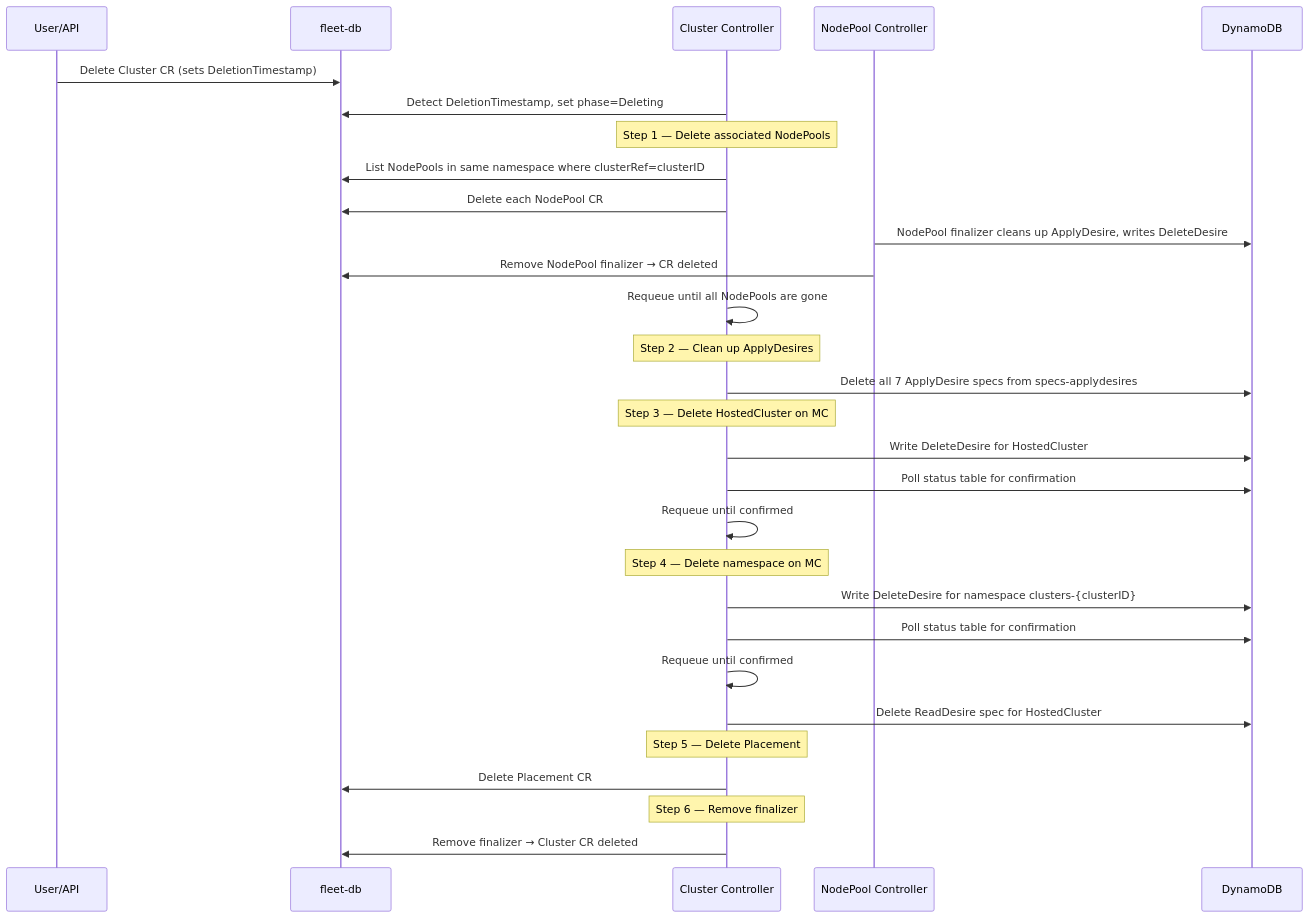
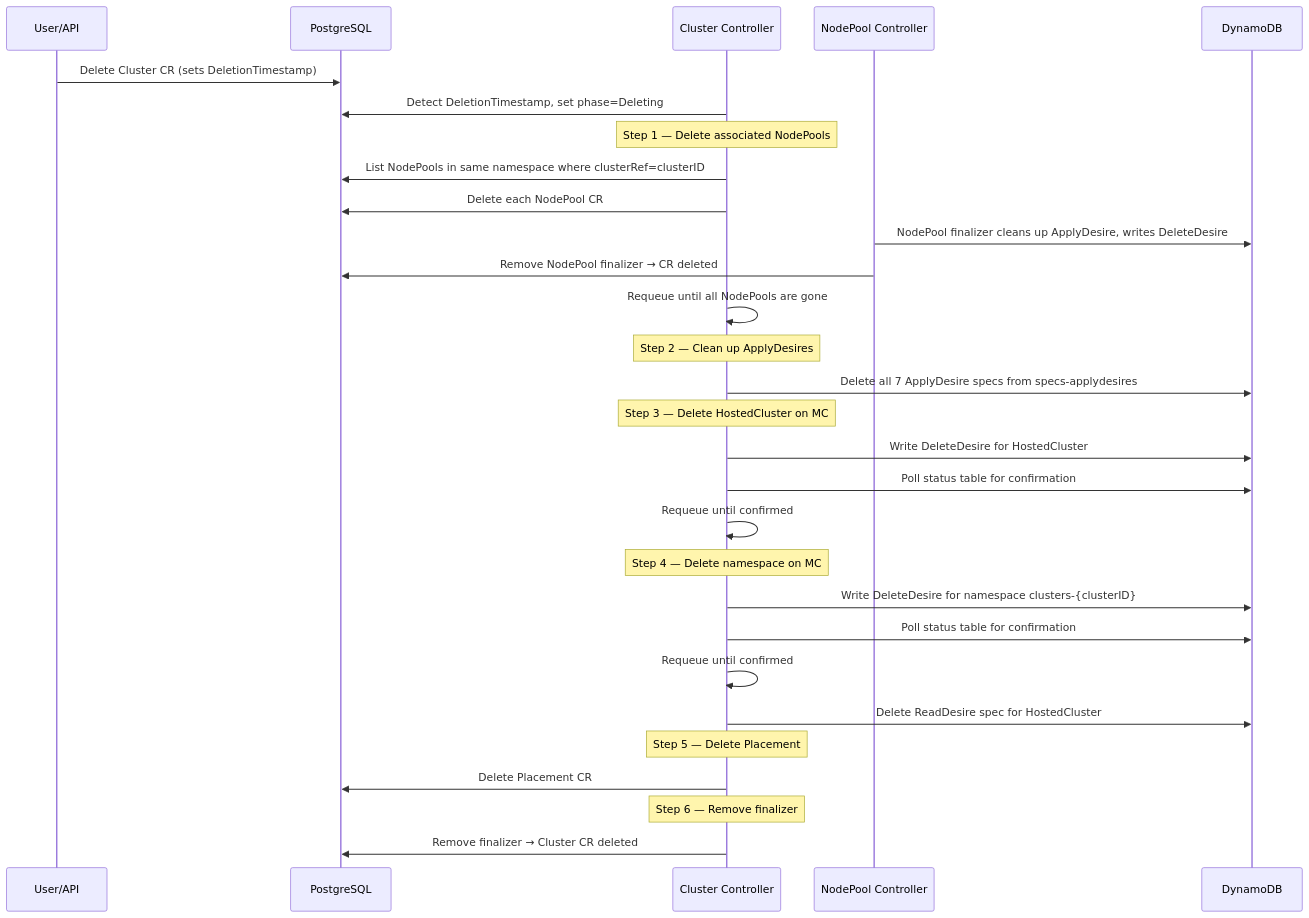
One commit to typeid/hyperfleet-operator changed the second of 2 diagrams in docs/cluster-controller.md. Above: the diagram before and after it, drawn with Mermaid. The commit also changed other lines of this file and 46 other files, not shown here.

````diff
--- a/docs/cluster-controller.md
+++ b/docs/cluster-controller.md
@@ -78,38 +79,38 @@
 ```mermaid
 sequenceDiagram
     participant User as User/API
-    participant FDB as fleet-db
+    participant PG as PostgreSQL
     participant CC as Cluster Controller
     participant NPC as NodePool Controller
     participant DDB as DynamoDB
 
-    User->>FDB: Delete Cluster CR (sets DeletionTimestamp)
-    CC->>FDB: Detect DeletionTimestamp, set phase=Deleting
+    User->>PG: Delete Cluster CR (sets DeletionTimestamp)
+    CC->>PG: Detect DeletionTimestamp, set phase=Deleting
 
     Note over CC: Step 1 — Delete associated NodePools
-    CC->>FDB: List NodePools in same namespace where clusterRef=clusterID
-    CC->>FDB: Delete each NodePool CR
+    CC->>PG: List NodePools in same namespace where clusterRef=clusterID
+    CC->>PG: Delete each NodePool CR
     NPC->>DDB: NodePool finalizer cleans up ApplyDesire, writes DeleteDesire
-    NPC->>FDB: Remove NodePool finalizer → CR deleted
+    NPC->>PG: Remove NodePool finalizer → CR deleted
     CC->>CC: Requeue until all NodePools are gone
 
     Note over CC: Step 2 — Clean up ApplyDesires
     CC->>DDB: Delete all 7 ApplyDesire specs from specs-applydesires
 
     Note over CC: Step 3 — Delete HostedCluster on MC
     CC->>DDB: Write DeleteDesire for HostedCluster
     CC->>DDB: Poll status table for confirmation
     CC->>CC: Requeue until confirmed
 
     Note over CC: Step 4 — Delete namespace on MC
     CC->>DDB: Write DeleteDesire for namespace clusters-{clusterID}
     CC->>DDB: Poll status table for confirmation
     CC->>CC: Requeue until confirmed
     CC->>DDB: Delete ReadDesire spec for HostedCluster
 
     Note over CC: Step 5 — Delete Placement
-    CC->>FDB: Delete Placement CR
+    CC->>PG: Delete Placement CR
 
     Note over CC: Step 6 — Remove finalizer
-    CC->>FDB: Remove finalizer → Cluster CR deleted
+    CC->>PG: Remove finalizer → Cluster CR deleted
 ```
````
